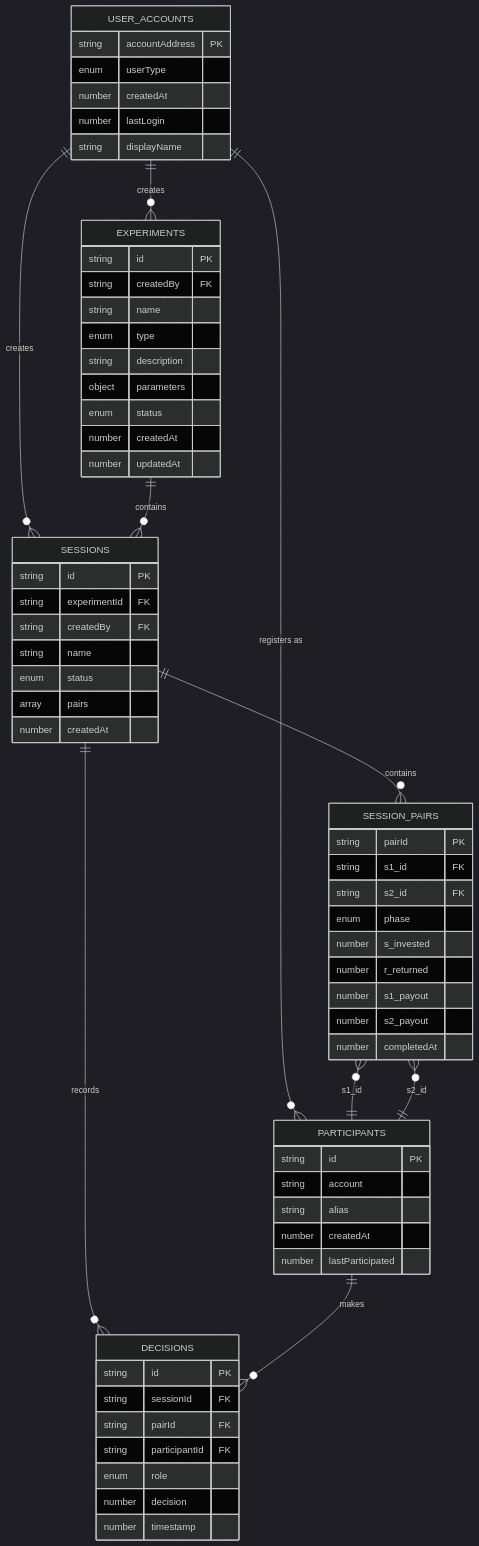
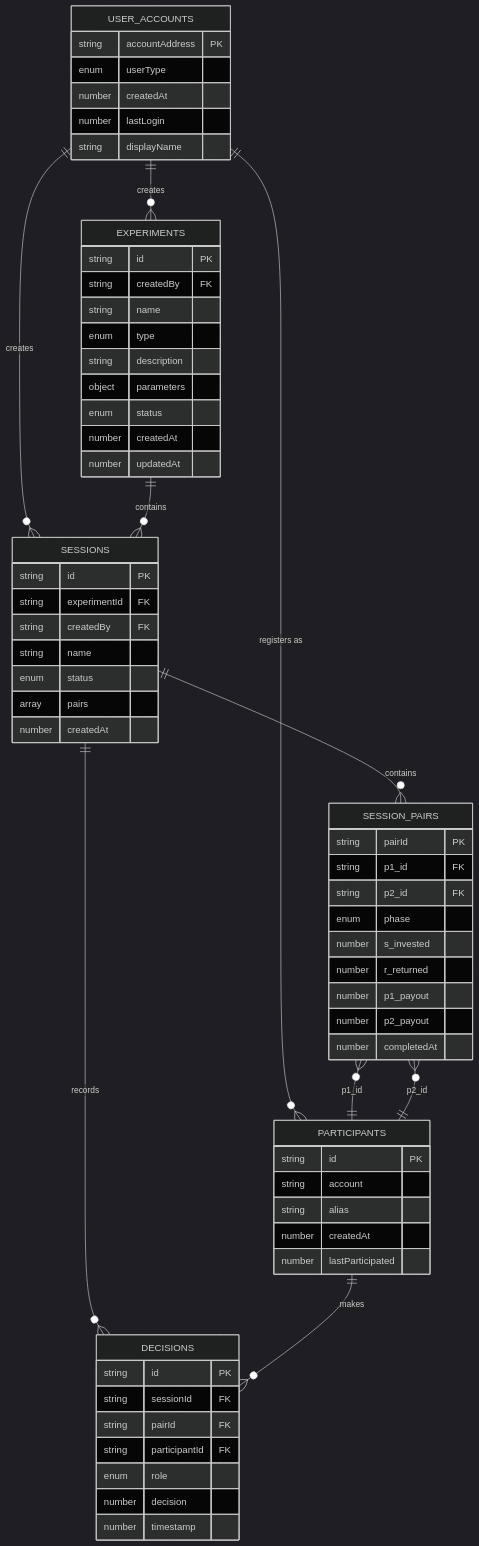
One commit to Open-Science-Blockchain-Economics/bx-hive changed the second of 11 diagrams in docs/reference-docs/data-architecture.md. Above: the diagram before and after it, drawn with Mermaid (dark theme). The commit also changed other lines of this file and 2 other files, not shown here.

````diff
--- a/docs/reference-docs/data-architecture.md
+++ b/docs/reference-docs/data-architecture.md
@@ -271,76 +271,76 @@
 ```mermaid
 erDiagram
     USER_ACCOUNTS ||--o{ EXPERIMENTS : "creates"
     USER_ACCOUNTS ||--o{ SESSIONS : "creates"
     USER_ACCOUNTS ||--o{ PARTICIPANTS : "registers as"
 
     EXPERIMENTS ||--o{ SESSIONS : "contains"
 
     SESSIONS ||--o{ SESSION_PAIRS : "contains"
     SESSIONS ||--o{ DECISIONS : "records"
 
-    SESSION_PAIRS }o--|| PARTICIPANTS : "s1_id"
-    SESSION_PAIRS }o--|| PARTICIPANTS : "s2_id"
+    SESSION_PAIRS }o--|| PARTICIPANTS : "p1_id"
+    SESSION_PAIRS }o--|| PARTICIPANTS : "p2_id"
 
     PARTICIPANTS ||--o{ DECISIONS : "makes"
 
     USER_ACCOUNTS {
         string accountAddress PK
         enum userType
         number createdAt
         number lastLogin
         string displayName
     }
 
     EXPERIMENTS {
         string id PK
         string createdBy FK
         string name
         enum type
         string description
         object parameters
         enum status
         number createdAt
         number updatedAt
     }
 
     SESSIONS {
         string id PK
         string experimentId FK
         string createdBy FK
         string name
         enum status
         array pairs
         number createdAt
     }
 
     SESSION_PAIRS {
         string pairId PK
-        string s1_id FK
-        string s2_id FK
+        string p1_id FK
+        string p2_id FK
         enum phase
         number s_invested
         number r_returned
-        number s1_payout
-        number s2_payout
+        number p1_payout
+        number p2_payout
         number completedAt
     }
 
     DECISIONS {
         string id PK
         string sessionId FK
         string pairId FK
         string participantId FK
         enum role
         number decision
         number timestamp
     }
 
     PARTICIPANTS {
         string id PK
         string account
         string alias
         number createdAt
         number lastParticipated
     }
 ```
````
